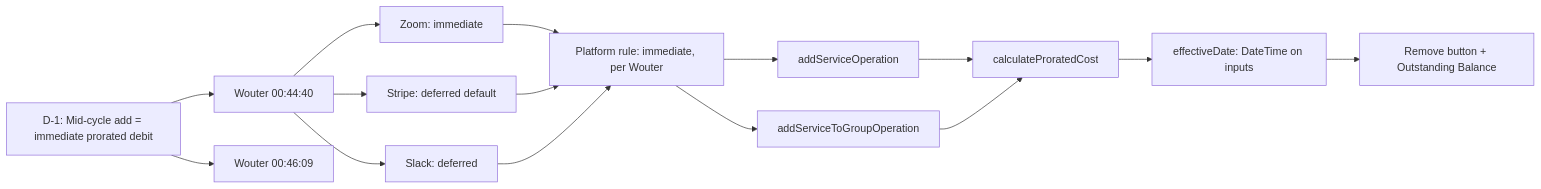
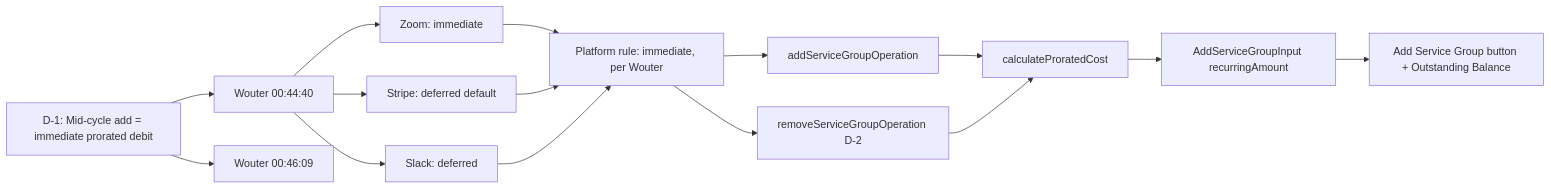
Before and after one commit to powerhouse-inc/service-offering: the diagram in BA_Input/d1-proration-charge-timing-traceability.md, drawn with Mermaid. The commit also changed other lines of this file and 18 other files, not shown here.

````diff
--- a/BA_Input/d1-proration-charge-timing-traceability.md
+++ b/BA_Input/d1-proration-charge-timing-traceability.md
@@ -5,30 +5,30 @@
 ```mermaid
 flowchart LR
     RULE["D-1: Mid-cycle add = immediate prorated debit"]
     SRC1["Wouter 00:44:40"]
     SRC2["Wouter 00:46:09"]
     VAL_ZOOM["Zoom: immediate"]
     VAL_STRIPE["Stripe: deferred default"]
     VAL_SLACK["Slack: deferred"]
     DECISION["Platform rule: immediate, per Wouter"]
-    RED1["addServiceOperation"]
-    RED2["addServiceToGroupOperation"]
+    RED1["addServiceGroupOperation"]
+    RED2["removeServiceGroupOperation D-2"]
     UTIL["calculateProratedCost"]
-    SCHEMA["effectiveDate: DateTime on inputs"]
-    EDITOR["Remove button + Outstanding Balance"]
+    SCHEMA["AddServiceGroupInput recurringAmount"]
+    EDITOR["Add Service Group button + Outstanding Balance"]
 
     RULE --> SRC1
     RULE --> SRC2
     SRC1 --> VAL_ZOOM
     SRC1 --> VAL_STRIPE
     SRC1 --> VAL_SLACK
     VAL_ZOOM --> DECISION
     VAL_STRIPE --> DECISION
     VAL_SLACK --> DECISION
     DECISION --> RED1
     DECISION --> RED2
     RED1 --> UTIL
     RED2 --> UTIL
     UTIL --> SCHEMA
     SCHEMA --> EDITOR
 ```
````
